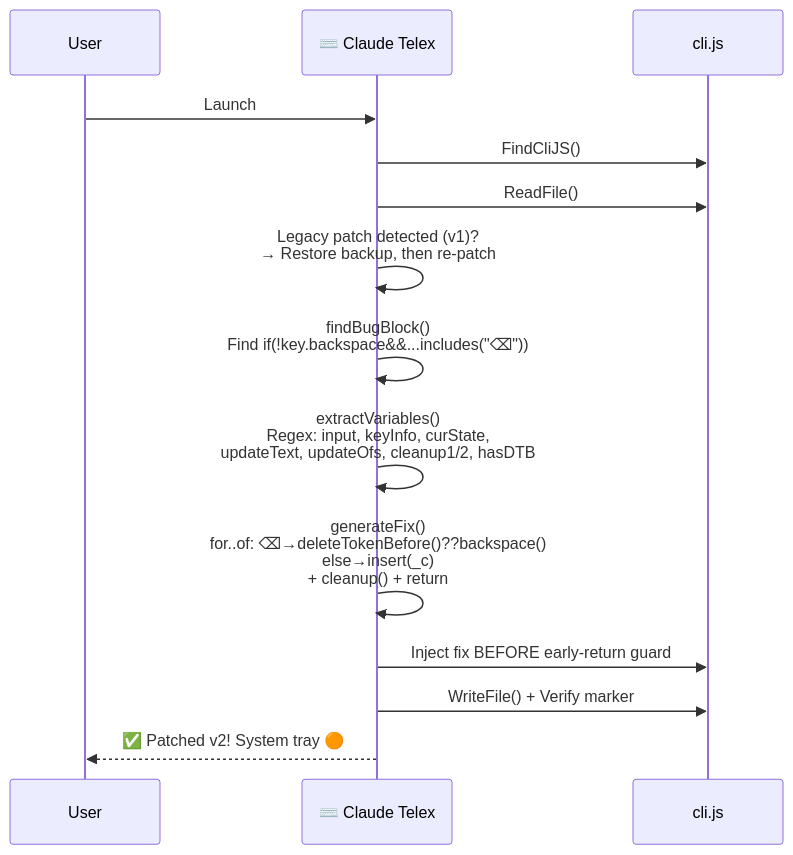
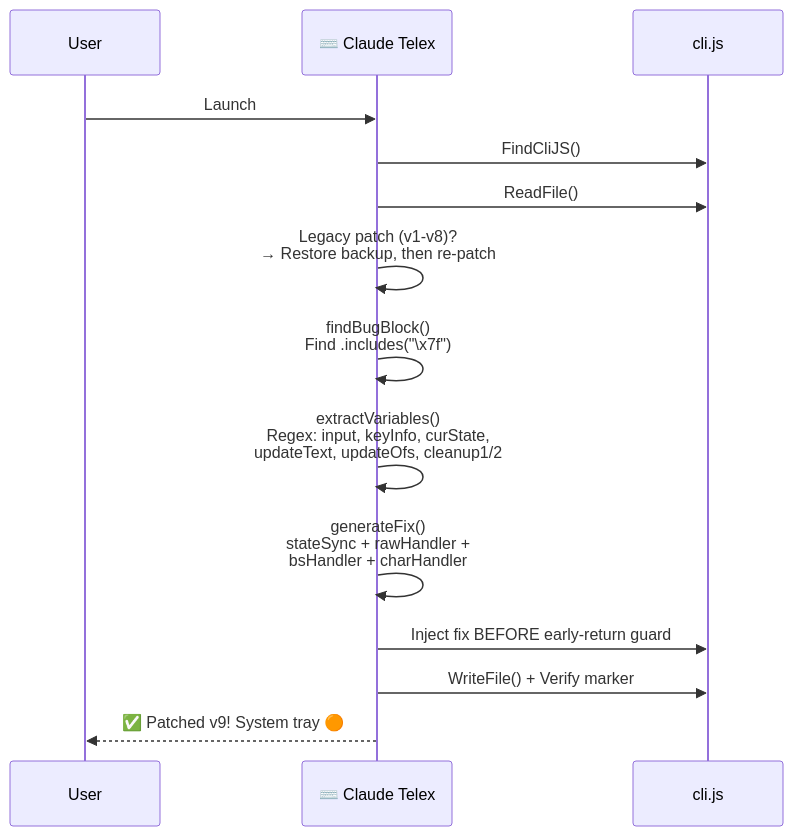
Before and after one commit to nguyenhx2/Claude-Telex: the sixth of 6 diagrams in README.md, drawn with Mermaid. The commit also changed other lines of this file and 2 other files, not shown here.

First line of the commit message:
feat(patcher): v9 engine-aware IME patch with charHandler

````diff
--- a/README.md
+++ b/README.md
@@ -381,17 +373,17 @@
 ```mermaid
 sequenceDiagram
     participant U as User
     participant CT as ⌨️ Claude Telex
     participant JS as cli.js
 
     U->>CT: Launch
     CT->>JS: FindCliJS()
     CT->>JS: ReadFile()
-    CT->>CT: Legacy patch detected (v1)?<br/>→ Restore backup, then re-patch
-    CT->>CT: findBugBlock()<br/>Find if(!key.backspace&&...includes("⌫"))
-    CT->>CT: extractVariables()<br/>Regex: input, keyInfo, curState,<br/>updateText, updateOfs, cleanup1/2, hasDTB
-    CT->>CT: generateFix()<br/>for..of: ⌫→deleteTokenBefore()??backspace()<br/>else→insert(_c)<br/>+ cleanup() + return
+    CT->>CT: Legacy patch (v1-v8)?<br/>→ Restore backup, then re-patch
+    CT->>CT: findBugBlock()<br/>Find .includes("\x7f")
+    CT->>CT: extractVariables()<br/>Regex: input, keyInfo, curState,<br/>updateText, updateOfs, cleanup1/2
+    CT->>CT: generateFix()<br/>stateSync + rawHandler +<br/>bsHandler + charHandler
     CT->>JS: Inject fix BEFORE early-return guard
     CT->>JS: WriteFile() + Verify marker
-    CT-->>U: ✅ Patched v2! System tray 🟠
+    CT-->>U: ✅ Patched v9! System tray 🟠
 ```
````
